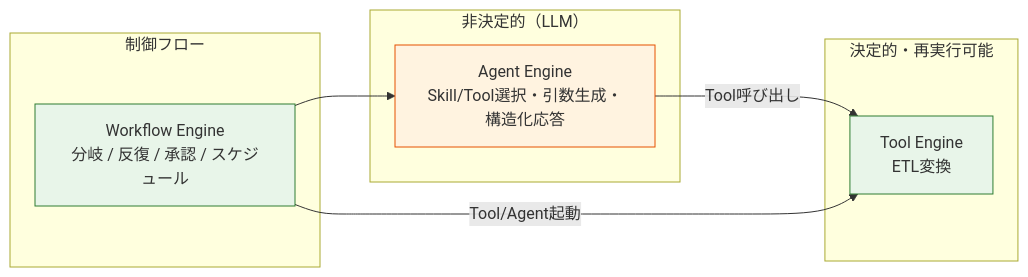
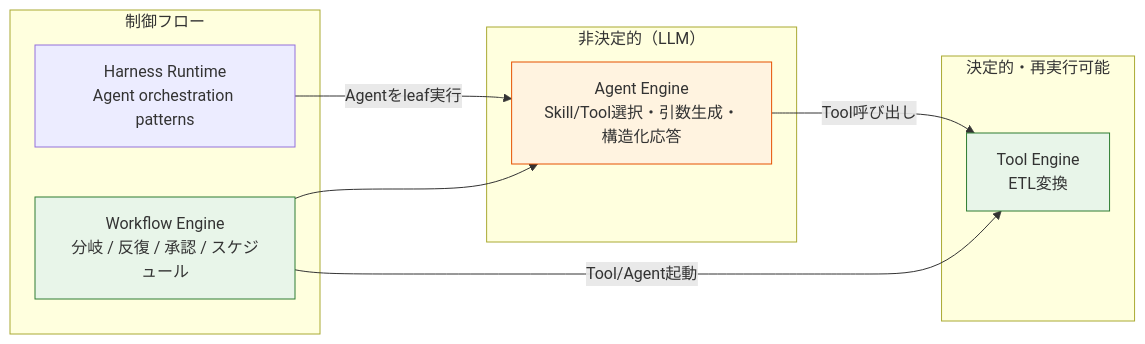
One commit to yy7613/agentblume changed the fifth of 6 diagrams in docs/01-architecture.md. Above: the diagram before and after it, drawn with Mermaid. The commit also changed other lines of this file and 65 other files, not shown here.

Commit message:
feat: add agent harness builder and multimodal chat

````diff
--- a/docs/01-architecture.md
+++ b/docs/01-architecture.md
@@ -236,21 +237,23 @@
 ```mermaid
 flowchart LR
   subgraph Deterministic["決定的・再実行可能"]
     TE["Tool Engine<br/>ETL変換"]
   end
   subgraph Control["制御フロー"]
     WE["Workflow Engine<br/>分岐 / 反復 / 承認 / スケジュール"]
+    HE["Harness Runtime<br/>Agent orchestration patterns"]
   end
   subgraph NonDet["非決定的（LLM）"]
     AE["Agent Engine<br/>Skill/Tool選択・引数生成・構造化応答"]
   end
 
   AE -->|Tool呼び出し| TE
+  HE -->|Agentをleaf実行| AE
   WE -->|Tool/Agent起動| TE
   WE --> AE
 
   classDef det fill:#e8f5e9,stroke:#2e7d32;
   classDef nond fill:#fff3e0,stroke:#e65100;
   class TE,WE det;
   class AE nond;
 ```
````
